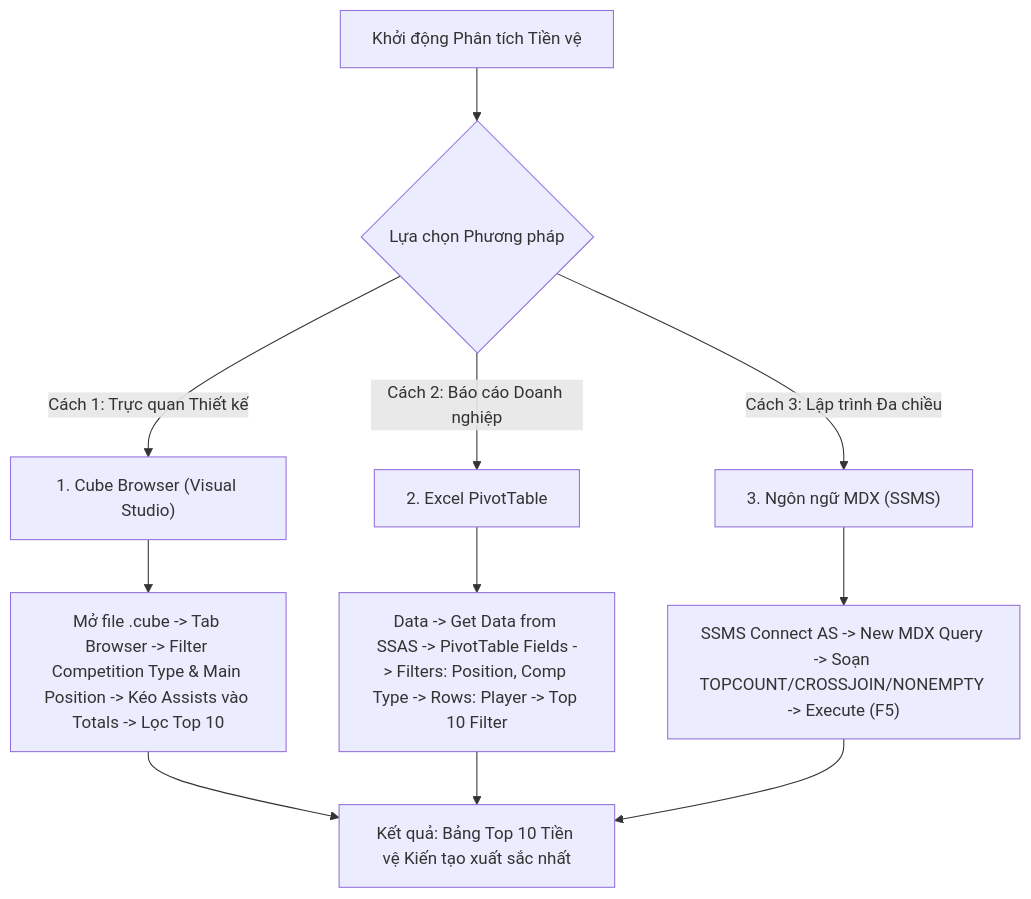
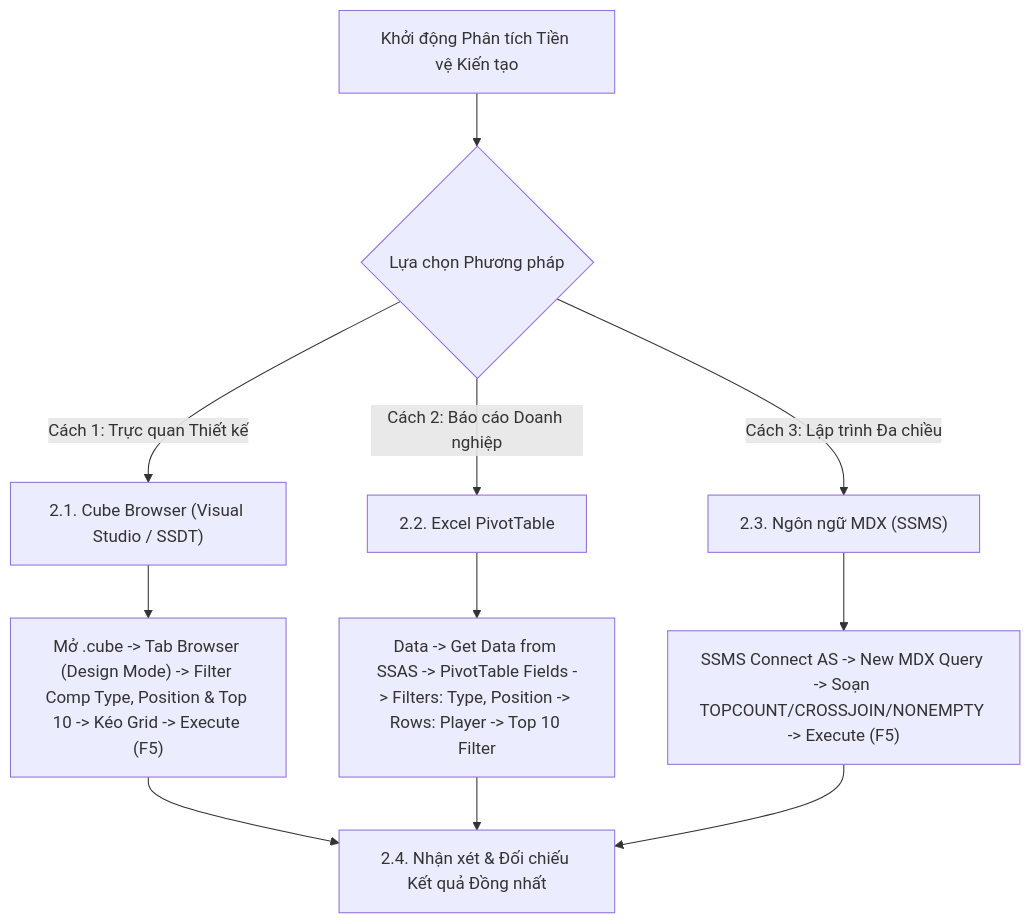
Before and after one commit to snowflake-vibing/Kho_du_lieu_OLAP: the diagram in mdx/query_02.md, drawn with Mermaid. The commit also changed other lines of this file and 3 other files, not shown here.

````diff
--- a/mdx/query_02.md
+++ b/mdx/query_02.md
@@ -36,16 +39,16 @@
 ```mermaid
 flowchart TD
-    Start["Khởi động Phân tích Tiền vệ"] --> Choice{"Lựa chọn Phương pháp"}
+    Start["Khởi động Phân tích Tiền vệ Kiến tạo"] --> Choice{"Lựa chọn Phương pháp"}
 
-    Choice -->|"Cách 1: Trực quan Thiết kế"| CB["1. Cube Browser (Visual Studio)"]
-    Choice -->|"Cách 2: Báo cáo Doanh nghiệp"| Excel["2. Excel PivotTable"]
-    Choice -->|"Cách 3: Lập trình Đa chiều"| MDX["3. Ngôn ngữ MDX (SSMS)"]
+    Choice -->|"Cách 1: Trực quan Thiết kế"| CB["2.1. Cube Browser (Visual Studio / SSDT)"]
+    Choice -->|"Cách 2: Báo cáo Doanh nghiệp"| Excel["2.2. Excel PivotTable"]
+    Choice -->|"Cách 3: Lập trình Đa chiều"| MDX["2.3. Ngôn ngữ MDX (SSMS)"]
 
-    CB --> CB_Step["Mở file .cube -> Tab Browser -> Filter Competition Type & Main Position -> Kéo Assists vào Totals -> Lọc Top 10"]
-    Excel --> Excel_Step["Data -> Get Data from SSAS -> PivotTable Fields -> Filters: Position, Comp Type -> Rows: Player -> Top 10 Filter"]
+    CB --> CB_Step["Mở .cube -> Tab Browser (Design Mode) -> Filter Comp Type, Position & Top 10 -> Kéo Grid -> Execute (F5)"]
+    Excel --> Excel_Step["Data -> Get Data from SSAS -> PivotTable Fields -> Filters: Type, Position -> Rows: Player -> Top 10 Filter"]
     MDX --> MDX_Step["SSMS Connect AS -> New MDX Query -> Soạn TOPCOUNT/CROSSJOIN/NONEMPTY -> Execute (F5)"]
 
-    CB_Step --> Finish["Kết quả: Bảng Top 10 Tiền vệ Kiến tạo xuất sắc nhất"]
+    CB_Step --> Finish["2.4. Nhận xét & Đối chiếu Kết quả Đồng nhất"]
     Excel_Step --> Finish
     MDX_Step --> Finish
 ```
````
